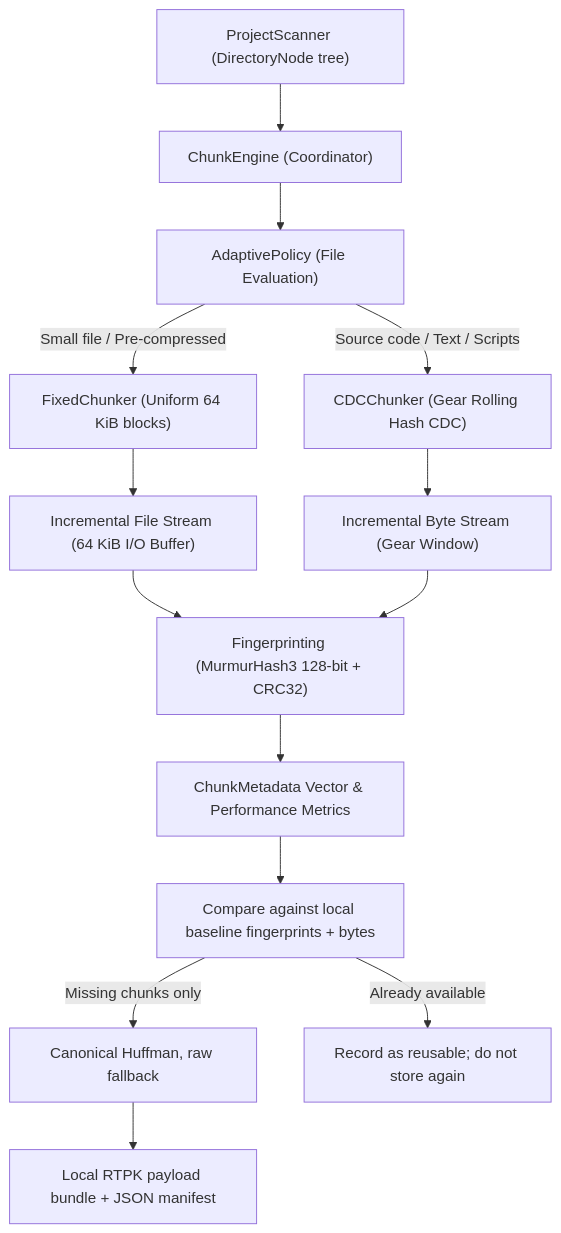
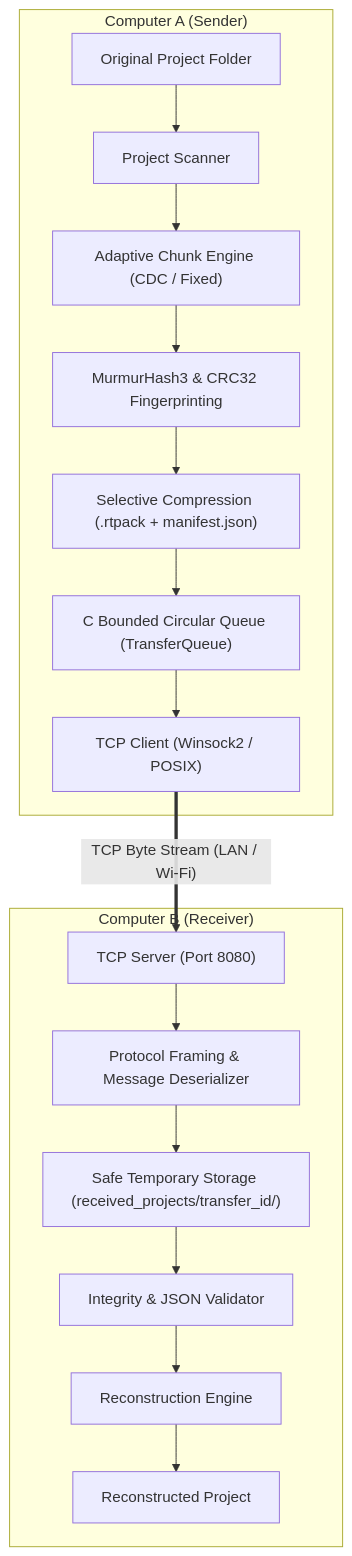
Before and after one commit to pratyush34/RetroTransfer: the diagram in readme.md, drawn with Mermaid. The commit also changed other lines of this file and 20 other files, not shown here.

Commit message:
Implement TCP-based network communication and file transfer

````diff
--- a/readme.md
+++ b/readme.md
@@ -153,16 +39,21 @@
 ```mermaid
 flowchart TD
-    Scanner["ProjectScanner (DirectoryNode tree)"] --> Engine["ChunkEngine (Coordinator)"]
-    Engine --> Policy["AdaptivePolicy (File Evaluation)"]
-    Policy -- "Small file / Pre-compressed" --> FixedChunker["FixedChunker (Uniform 64 KiB blocks)"]
-    Policy -- "Source code / Text / Scripts" --> CDCChunker["CDCChunker (Gear Rolling Hash CDC)"]
-    FixedChunker --> Stream1["Incremental File Stream (64 KiB I/O Buffer)"]
-    CDCChunker --> Stream2["Incremental Byte Stream (Gear Window)"]
-    Stream1 --> FP["Fingerprinting (MurmurHash3 128-bit + CRC32)"]
-    Stream2 --> FP
-    FP --> Meta["ChunkMetadata Vector & Performance Metrics"]
-    Meta --> Compare["Compare against local baseline fingerprints + bytes"]
-    Compare -->|Missing chunks only| Huffman["Canonical Huffman, raw fallback"]
-    Compare -->|Already available| Reuse["Record as reusable; do not store again"]
-    Huffman --> Bundle["Local RTPK payload bundle + JSON manifest"]
+    subgraph Computer_A["Computer A (Sender)"]
+        ProjA["Original Project Folder"] --> Scanner["Project Scanner"]
+        Scanner --> Chunker["Adaptive Chunk Engine (CDC / Fixed)"]
+        Chunker --> Hash["MurmurHash3 & CRC32 Fingerprinting"]
+        Hash --> Comp["Selective Compression (.rtpack + manifest.json)"]
+        Comp --> RingBuf["C Bounded Circular Queue (TransferQueue)"]
+        RingBuf --> TcpCli["TCP Client (Winsock2 / POSIX)"]
+    end
+
+    TcpCli ==>|"TCP Byte Stream (LAN / Wi-Fi)"| TcpSvr["TCP Server (Port 8080)"]
+
+    subgraph Computer_B["Computer B (Receiver)"]
+        TcpSvr --> Framing["Protocol Framing & Message Deserializer"]
+        Framing --> SafeStore["Safe Temporary Storage (received_projects/transfer_id/)"]
+        SafeStore --> Validator["Integrity & JSON Validator"]
+        Validator --> Recon["Reconstruction Engine"]
+        Recon --> ReconstructedProj["Reconstructed Project"]
+    end
 ```
````
